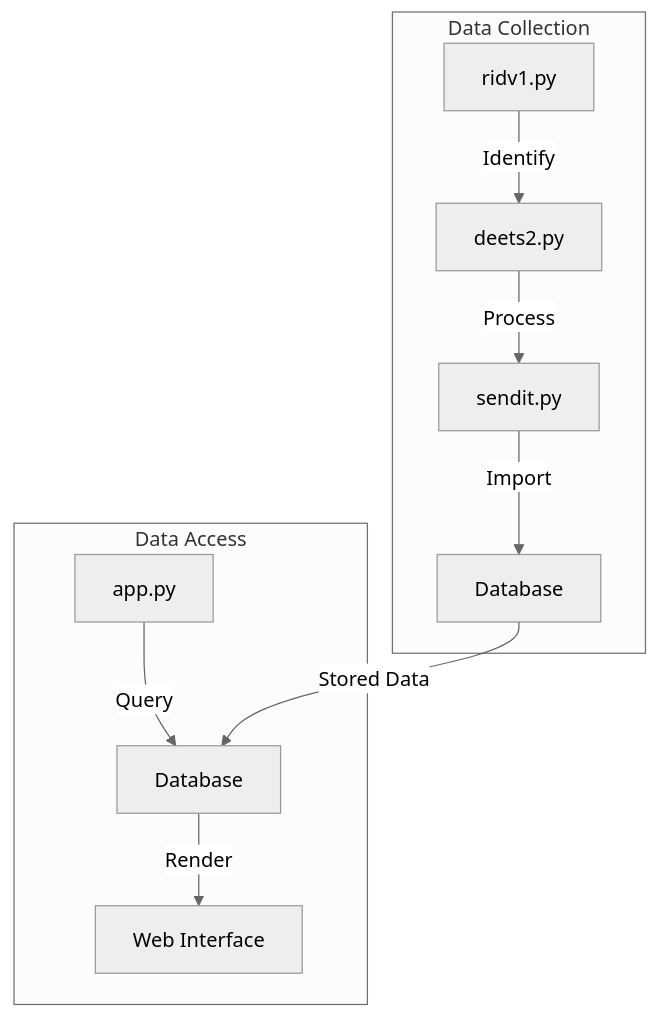
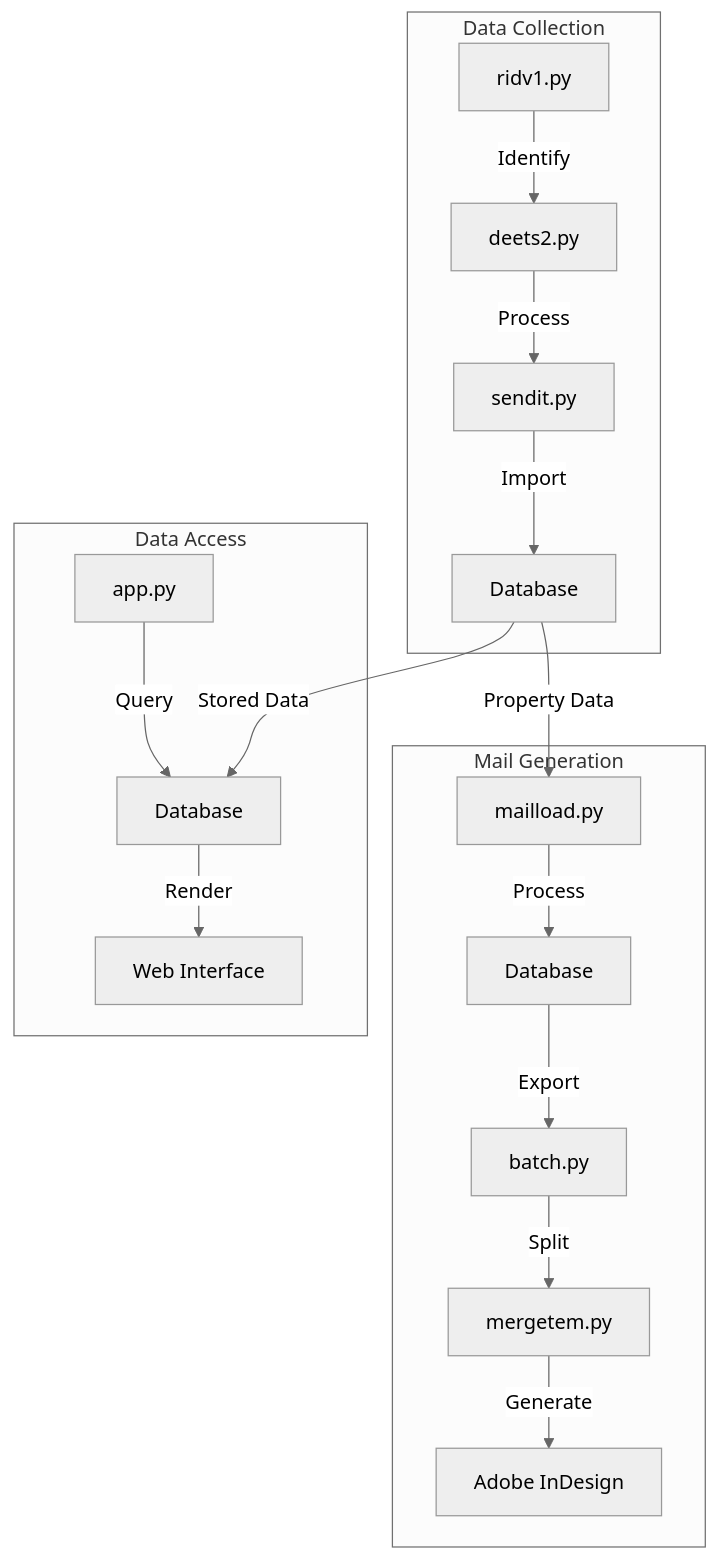
The tenth of 10 diagrams in OriginalSystemDocs.md (sboggsEHL/Mail_Machine), drawn with Mermaid (neutral theme) before and after one commit. The commit also changed other lines of this file, not shown here.

Commit message:
updated orignal to include mail design

````diff
--- a/OriginalSystemDocs.md
+++ b/OriginalSystemDocs.md
@@ -538,15 +781,23 @@
 ```mermaid
 flowchart TB
     subgraph "Data Collection"
         A1[ridv1.py] -->|Identify| A2[deets2.py]
         A2 -->|Process| A3[sendit.py]
         A3 -->|Import| A4[Database]
     end
     
     subgraph "Data Access"
         B1[app.py] -->|Query| B2[Database]
         B2 -->|Render| B3[Web Interface]
     end
     
+    subgraph "Mail Generation"
+        C1[mailload.py] -->|Process| C2[Database]
+        C2 -->|Export| C3[batch.py]
+        C3 -->|Split| C4[mergetem.py]
+        C4 -->|Generate| C5[Adobe InDesign]
+    end
+    
     A4 -->|Stored Data| B2
+    A4 -->|Property Data| C1
 ```
````
